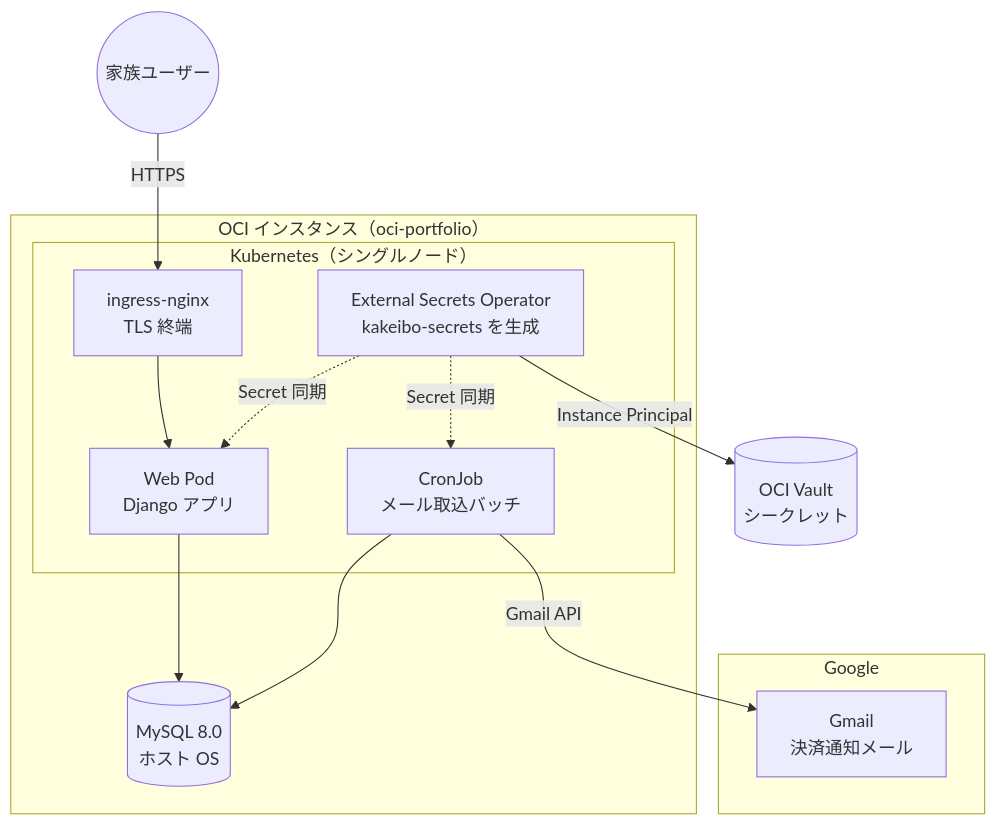
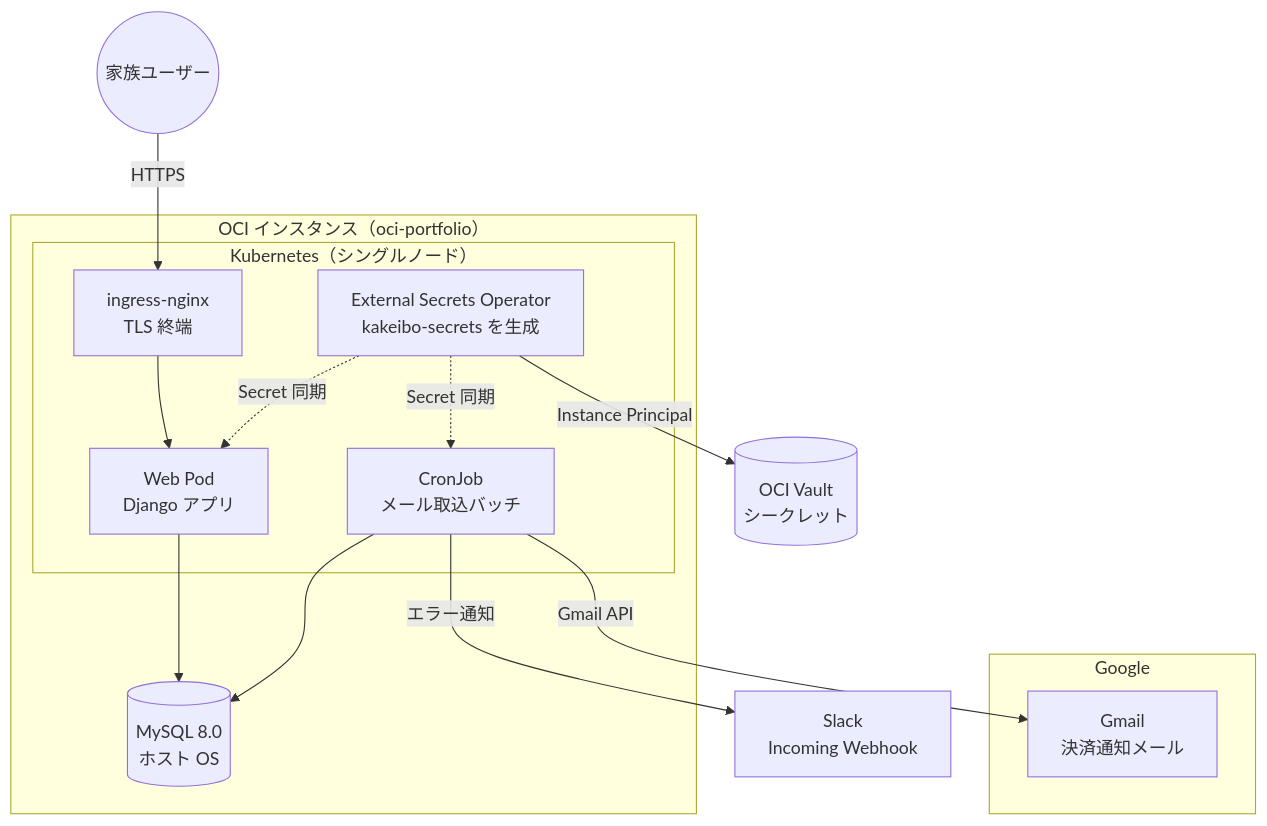
The first of 3 diagrams in docs/02.設計/基本設計書.md (Seiya-Nakagawa/kakeibo), drawn with Mermaid before and after one commit. The commit also changed other lines of this file and 1 other file, not shown here.

````diff
--- a/docs/02.設計/基本設計書.md
+++ b/docs/02.設計/基本設計書.md
@@ -45,27 +45,30 @@
 ```mermaid
 graph TD
     subgraph Google
         Gmail[Gmail<br/>決済通知メール]
     end
+
+    Slack[Slack<br/>Incoming Webhook]
 
     subgraph OCI["OCI インスタンス（oci-portfolio）"]
         subgraph K8S["Kubernetes（シングルノード）"]
             Ingress[ingress-nginx<br/>TLS 終端]
             Web[Web Pod<br/>Django アプリ]
             CronImport[CronJob<br/>メール取込バッチ]
             ESO[External Secrets Operator<br/>kakeibo-secrets を生成]
         end
         MySQL[(MySQL 8.0<br/>ホスト OS)]
     end
 
     Vault[(OCI Vault<br/>シークレット)]
 
     User((家族ユーザー)) -->|HTTPS| Ingress
     Ingress --> Web
     Web --> MySQL
     CronImport -->|Gmail API| Gmail
+    CronImport -->|エラー通知| Slack
     CronImport --> MySQL
     ESO -->|Instance Principal| Vault
     ESO -.->|Secret 同期| Web
     ESO -.->|Secret 同期| CronImport
 ```
````
